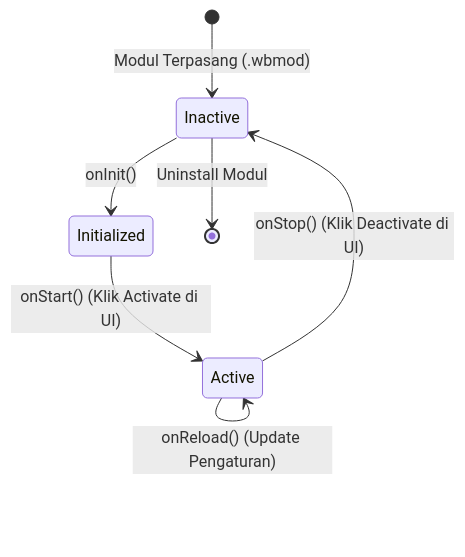
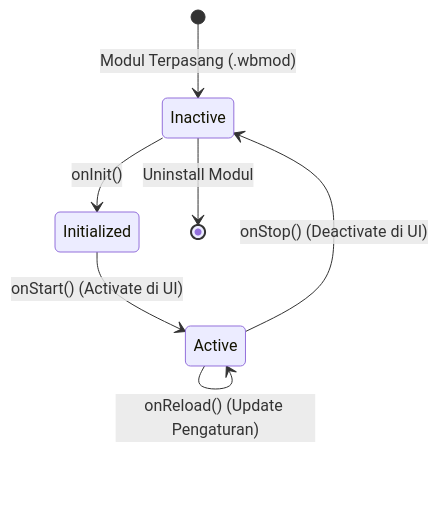
The diagram in docs/02-module-lifecycle.md (sys64-os/wagonbox-sdk), drawn with Mermaid before and after one commit. The commit also changed other lines of this file and 3 other files, not shown here.

````diff
--- a/docs/02-module-lifecycle.md
+++ b/docs/02-module-lifecycle.md
@@ -9,9 +9,9 @@
 ```mermaid
 stateDiagram-v2
     [*] --> Inactive: Modul Terpasang (.wbmod)
     Inactive --> Initialized: onInit()
-    Initialized --> Active: onStart() (Klik Activate di UI)
+    Initialized --> Active: onStart() (Activate di UI)
     Active --> Active: onReload() (Update Pengaturan)
-    Active --> Inactive: onStop() (Klik Deactivate di UI)
+    Active --> Inactive: onStop() (Deactivate di UI)
     Inactive --> [*]: Uninstall Modul
 ```
````
